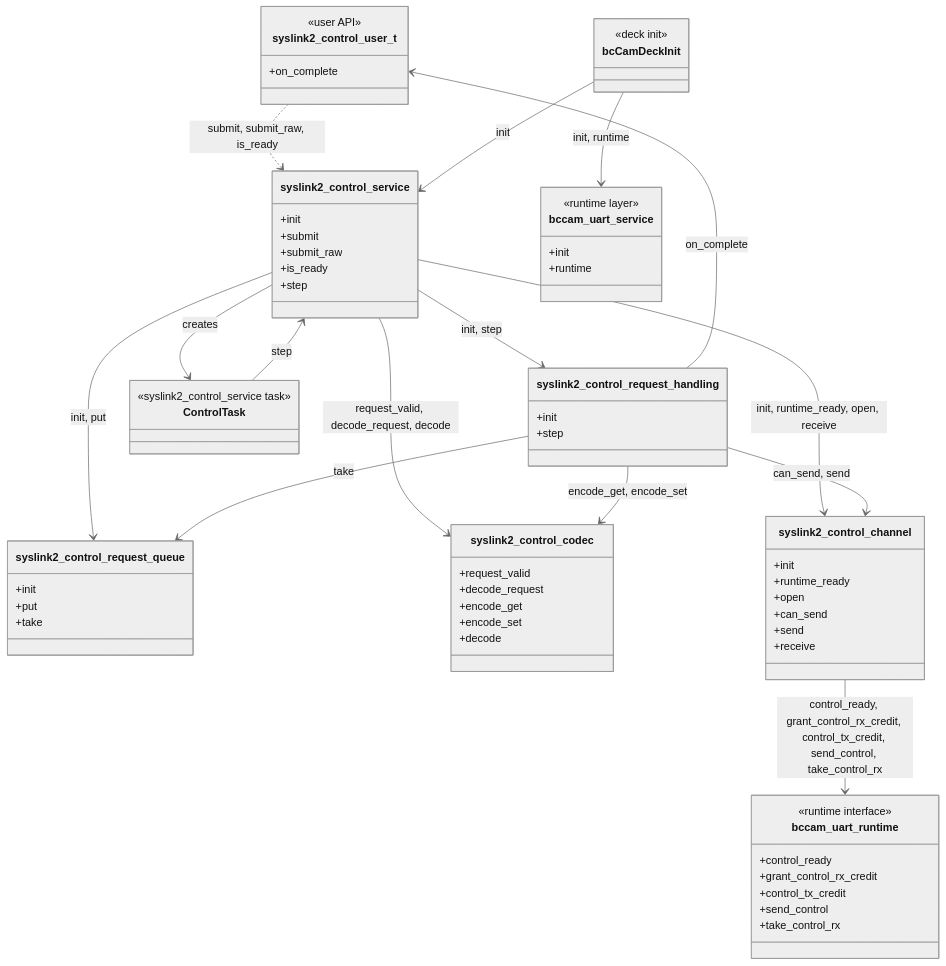
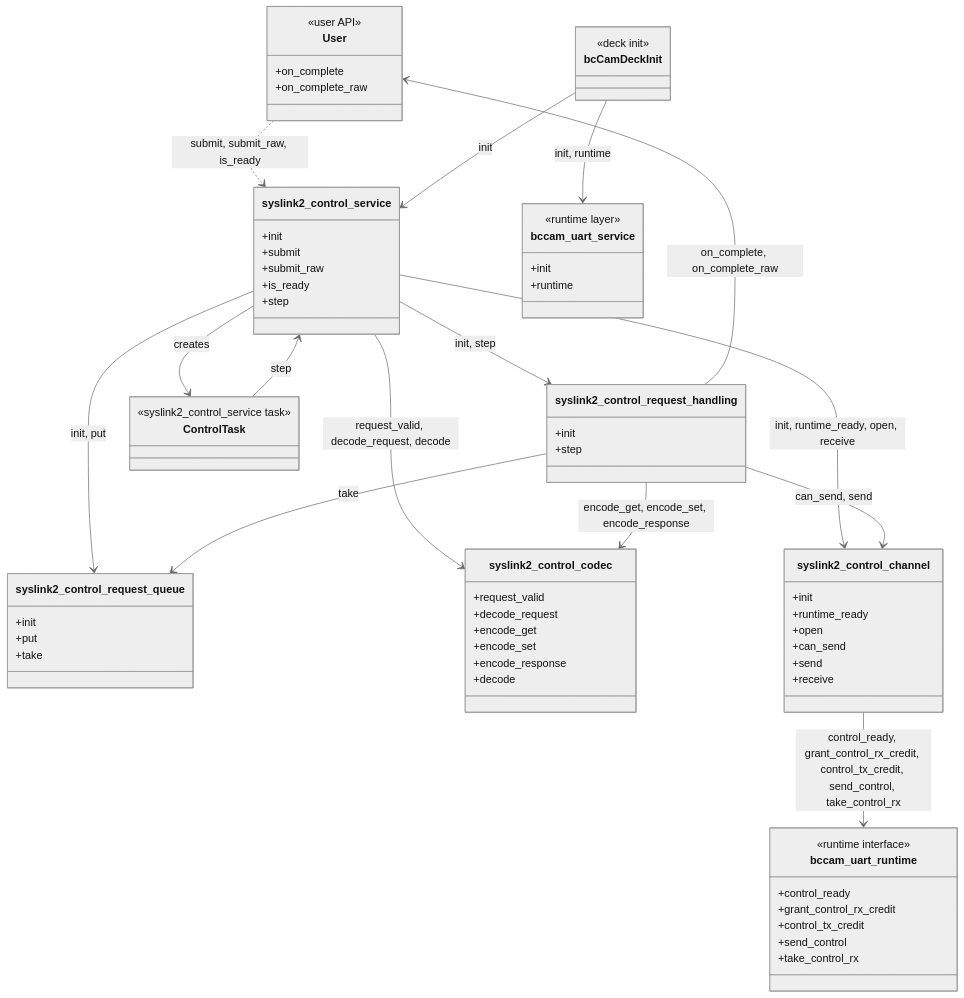
Before and after one commit to bitcraze/crazyflie-firmware: the first of 10 diagrams in docs/functional-areas/camera-deck-control.md, drawn with Mermaid (neutral theme). The commit also changed other lines of this file and 14 other files, not shown here.

Commit message:
Added raw response, updated user API to separate callback function and request.

````diff
--- a/docs/functional-areas/camera-deck-control.md
+++ b/docs/functional-areas/camera-deck-control.md
@@ -166,9 +174,10 @@
 classDiagram
     direction TB
 
-    class syslink2_control_user_t {
+    class User {
         <<user API>>
         +on_complete
+        +on_complete_raw
     }
 
     class syslink2_control_service {
@@ -195,6 +204,7 @@
         +decode_request
         +encode_get
         +encode_set
+        +encode_response
         +decode
     }
 
@@ -230,7 +240,7 @@
         <<deck init>>
     }
 
-    syslink2_control_user_t ..> syslink2_control_service : submit, submit_raw, is_ready
+    User ..> syslink2_control_service : submit, submit_raw, is_ready
     bcCamDeckInit --> bccam_uart_service : init, runtime
     bcCamDeckInit --> syslink2_control_service : init
     syslink2_control_service --> ControlTask : creates
@@ -240,8 +250,8 @@
     syslink2_control_service --> syslink2_control_codec : request_valid, decode_request, decode
     syslink2_control_service --> syslink2_control_request_handling : init, step
     syslink2_control_request_handling --> syslink2_control_request_queue : take
-    syslink2_control_request_handling --> syslink2_control_codec : encode_get, encode_set
+    syslink2_control_request_handling --> syslink2_control_codec : encode_get, encode_set, encode_response
     syslink2_control_request_handling --> syslink2_control_channel : can_send, send
-    syslink2_control_request_handling --> syslink2_control_user_t : on_complete
+    syslink2_control_request_handling --> User : on_complete, on_complete_raw
     syslink2_control_channel --> bccam_uart_runtime : control_ready, grant_control_rx_credit, control_tx_credit, send_control, take_control_rx
 ```
````
